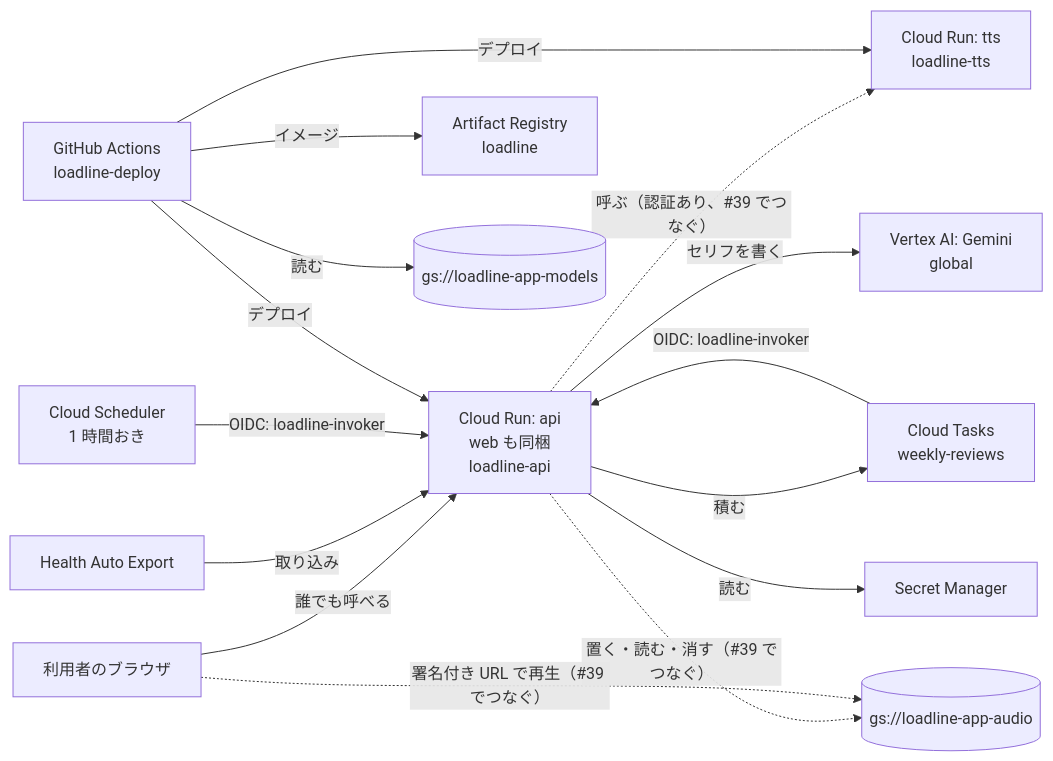
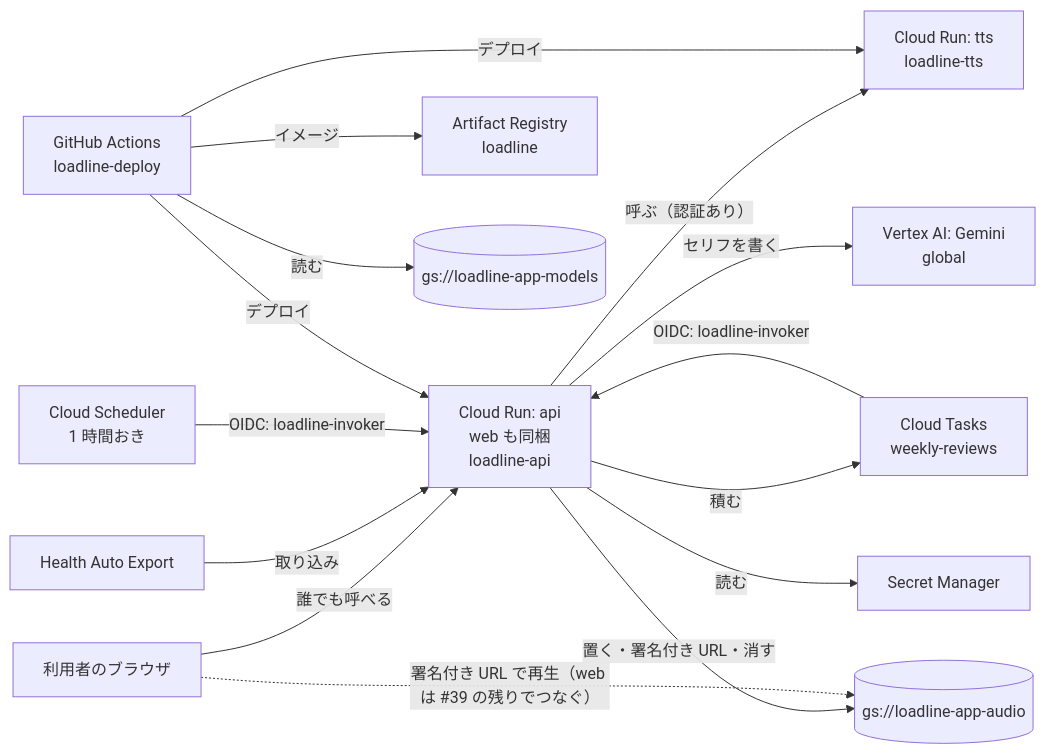
One commit to d-station-grid/loadline changed the diagram in docs/gcp.md. Above: the diagram before and after it, drawn with Mermaid. The commit also changed other lines of this file and 28 other files, not shown here.

First line of the commit message:
振り返りを声にして Cloud Storage に置き、audio_url を返す (#98)

````diff
--- a/docs/gcp.md
+++ b/docs/gcp.md
@@ -13,17 +13,17 @@
 ```mermaid
 flowchart LR
   U[利用者のブラウザ] -- 誰でも呼べる --> A[Cloud Run: api<br>web も同梱<br>loadline-api]
   HAE[Health Auto Export] -- 取り込み --> A
   SCH[Cloud Scheduler<br>1 時間おき] -- OIDC: loadline-invoker --> A
   A -- 積む --> Q[Cloud Tasks<br>weekly-reviews]
   Q -- OIDC: loadline-invoker --> A
-  A -. 呼ぶ（認証あり、#39 でつなぐ） .-> T[Cloud Run: tts<br>loadline-tts]
+  A -- 呼ぶ（認証あり） --> T[Cloud Run: tts<br>loadline-tts]
   A -- セリフを書く --> V[Vertex AI: Gemini<br>global]
-  A -. 置く・読む・消す（#39 でつなぐ） .-> S[(gs://loadline-app-audio)]
+  A -- 置く・署名付き URL・消す --> S[(gs://loadline-app-audio)]
   A -- 読む --> SM[Secret Manager]
-  U -. 署名付き URL で再生（#39 でつなぐ） .-> S
+  U -. 署名付き URL で再生（web は #39 の残りでつなぐ） .-> S
   GA[GitHub Actions<br>loadline-deploy] -- イメージ --> AR[Artifact Registry<br>loadline]
   GA -- 読む --> M[(gs://loadline-app-models)]
   GA -- デプロイ --> A
   GA -- デプロイ --> T
 ```
````
